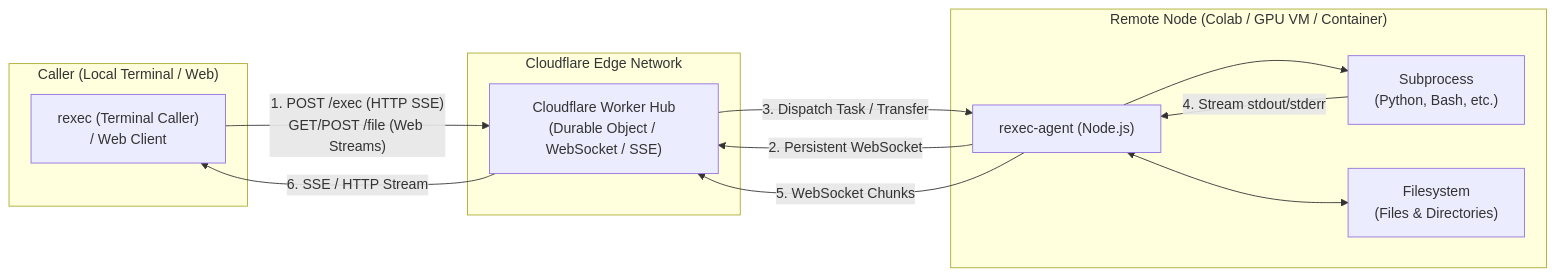
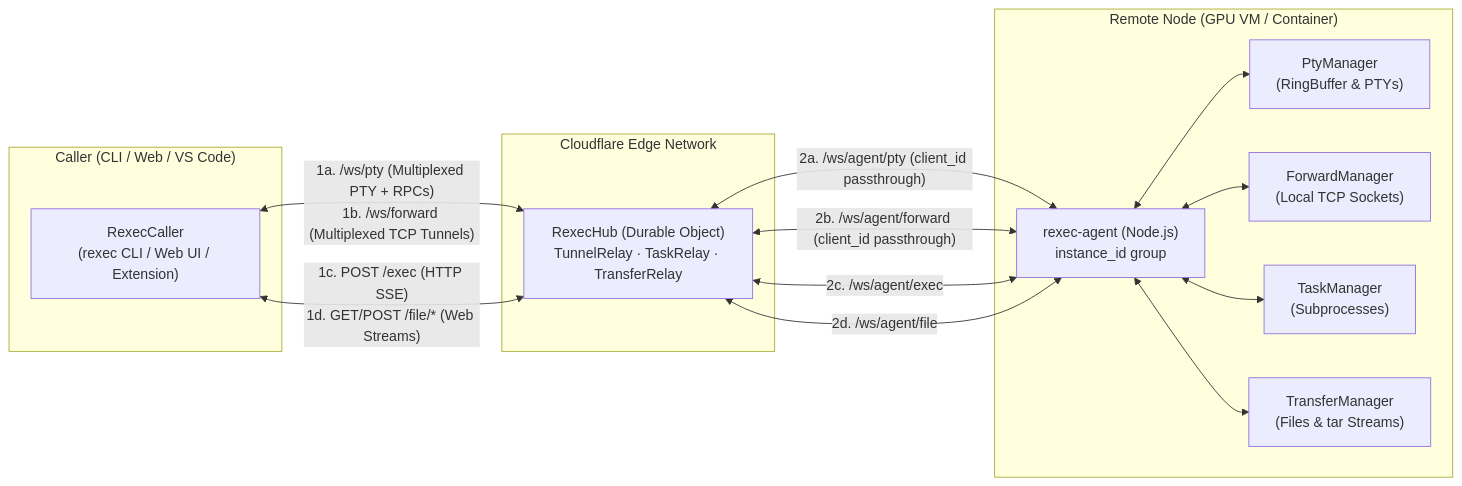
One commit to CyberVy/rexec changed the diagram in README.md. Above: the diagram before and after it, drawn with Mermaid. The commit also changed other lines of this file and 31 other files, not shown here.

First line of the commit message:
refactor(transport,hub): split agent into 4 channels and multiplex caller PTY/forward WS

````diff
--- a/README.md
+++ b/README.md
@@ -26,25 +26,31 @@
 ```mermaid
 flowchart LR
-    subgraph Client["Caller (Local Terminal / Web)"]
-        Caller["rexec (Terminal Caller)\n/ Web Client"]
+    subgraph Client["Caller (CLI / Web / VS Code)"]
+        Caller["RexecCaller\n(rexec CLI / Web UI / Extension)"]
     end
 
     subgraph Edge["Cloudflare Edge Network"]
-        Hub["Cloudflare Worker Hub\n(Durable Object / WebSocket / SSE)"]
+        Hub["RexecHub (Durable Object)\nTunnelRelay · TaskRelay · TransferRelay"]
     end
 
-    subgraph Remote["Remote Node (Colab / GPU VM / Container)"]
-        Agent["rexec-agent (Node.js)"]
-        Task["Subprocess\n(Python, Bash, etc.)"]
-        FS["Filesystem\n(Files & Directories)"]
+    subgraph Remote["Remote Node (GPU VM / Container)"]
+        Agent["rexec-agent (Node.js)\ninstance_id group"]
+        PTY["PtyManager\n(RingBuffer & PTYs)"]
+        Fwd["ForwardManager\n(Local TCP Sockets)"]
+        Task["TaskManager\n(Subprocesses)"]
+        FS["TransferManager\n(Files & tar Streams)"]
     end
 
-    Caller -- "1. POST /exec (HTTP SSE)\nGET/POST /file (Web Streams)" --> Hub
-    Agent -- "2. Persistent WebSocket" --> Hub
-    Hub -- "3. Dispatch Task / Transfer" --> Agent
-    Agent --> Task
+    Caller -- "1a. /ws/pty (Multiplexed PTY + RPCs)\n1b. /ws/forward (Multiplexed TCP Tunnels)" <--> Hub
+    Caller -- "1c. POST /exec (HTTP SSE)\n1d. GET/POST /file/* (Web Streams)" <--> Hub
+
+    Hub -- "2a. /ws/agent/pty (client_id passthrough)" <--> Agent
+    Hub -- "2b. /ws/agent/forward (client_id passthrough)" <--> Agent
+    Hub -- "2c. /ws/agent/exec" <--> Agent
+    Hub -- "2d. /ws/agent/file" <--> Agent
+
+    Agent <--> PTY
+    Agent <--> Fwd
+    Agent <--> Task
     Agent <--> FS
-    Task -- "4. Stream stdout/stderr" --> Agent
-    Agent -- "5. WebSocket Chunks" --> Hub
-    Hub -- "6. SSE / HTTP Stream" --> Caller
 ```
````
